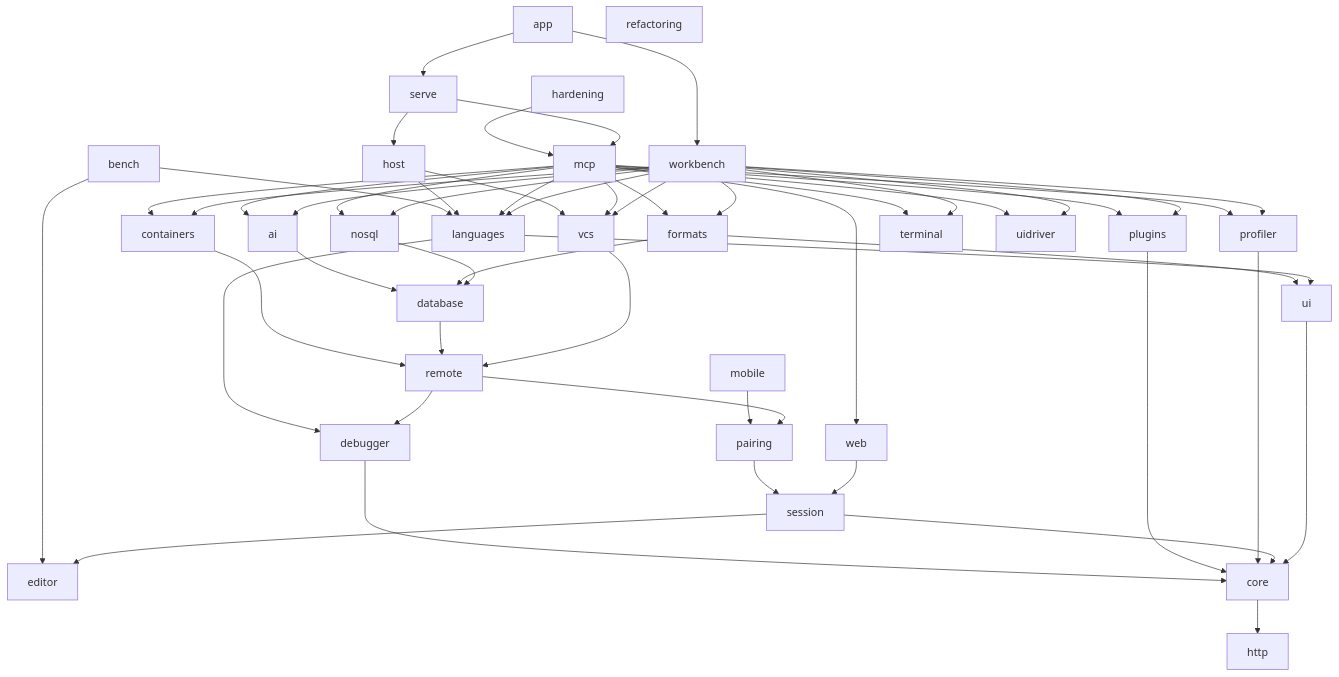
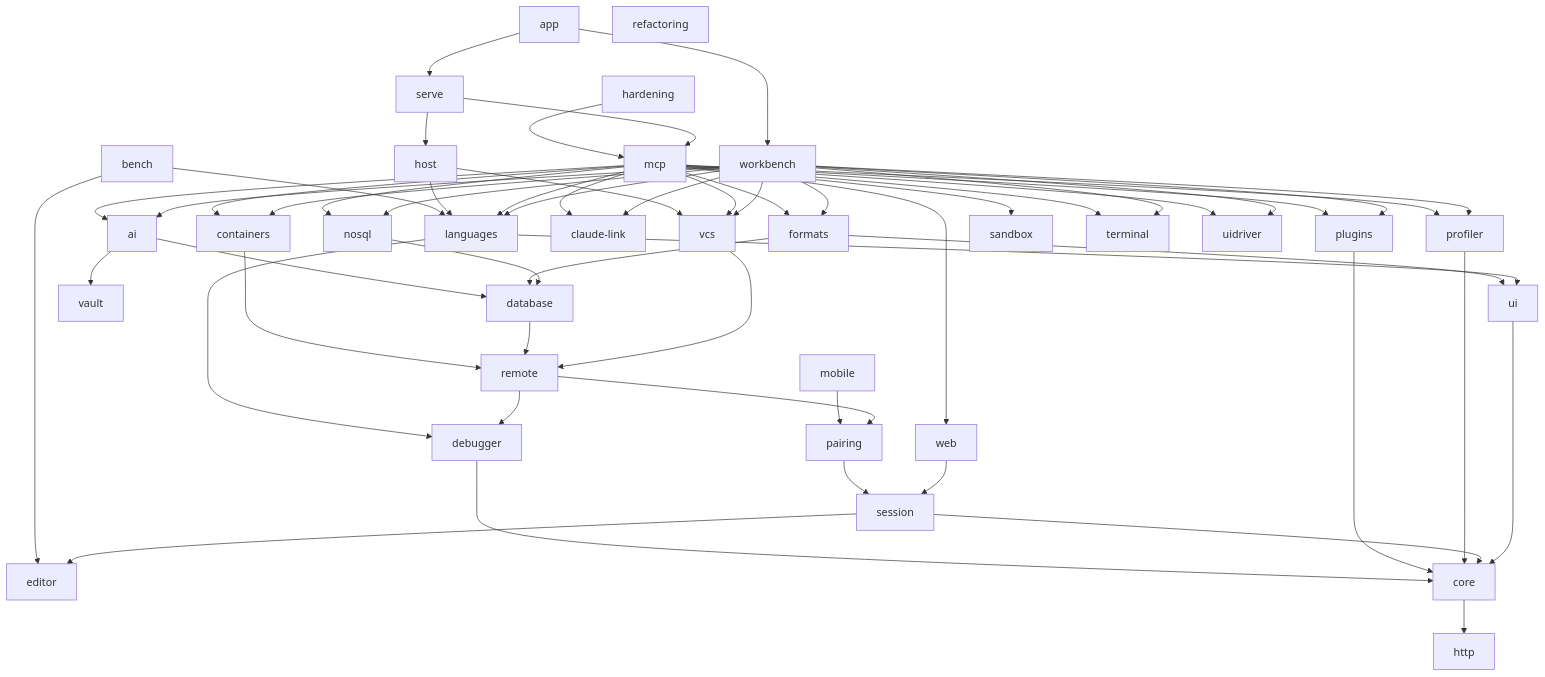
Before and after one commit to DamienDrash/ferris-idea: the diagram in ARCHITECTURE.md, drawn with Mermaid. The commit also changed other lines of this file and 1833 other files, not shown here.

````diff
--- a/ARCHITECTURE.md
+++ b/ARCHITECTURE.md
@@ -90,55 +90,59 @@
 ```mermaid
 graph TD
   ai --> database
+  ai --> vault
   app --> serve
   app --> workbench
   bench --> editor
   bench --> languages
   containers --> remote
   core --> http
   database --> remote
   debugger --> core
   formats --> database
   formats --> ui
   hardening --> mcp
   host --> languages
   host --> vcs
   languages --> debugger
   languages --> ui
   mcp --> ai
+  mcp --> claude-link
   mcp --> containers
   mcp --> formats
   mcp --> languages
   mcp --> nosql
   mcp --> plugins
   mcp --> profiler
+  mcp --> sandbox
   mcp --> terminal
   mcp --> uidriver
   mcp --> vcs
   mcp --> web
   mobile --> pairing
   nosql --> database
   pairing --> session
   plugins --> core
   profiler --> core
   remote --> debugger
   remote --> pairing
   serve --> host
   serve --> mcp
   session --> core
   session --> editor
   ui --> core
   vcs --> remote
   web --> session
   workbench --> ai
+  workbench --> claude-link
   workbench --> containers
   workbench --> formats
   workbench --> languages
   workbench --> nosql
   workbench --> plugins
   workbench --> profiler
   workbench --> terminal
   workbench --> uidriver
   workbench --> vcs
   refactoring
 ```
````
